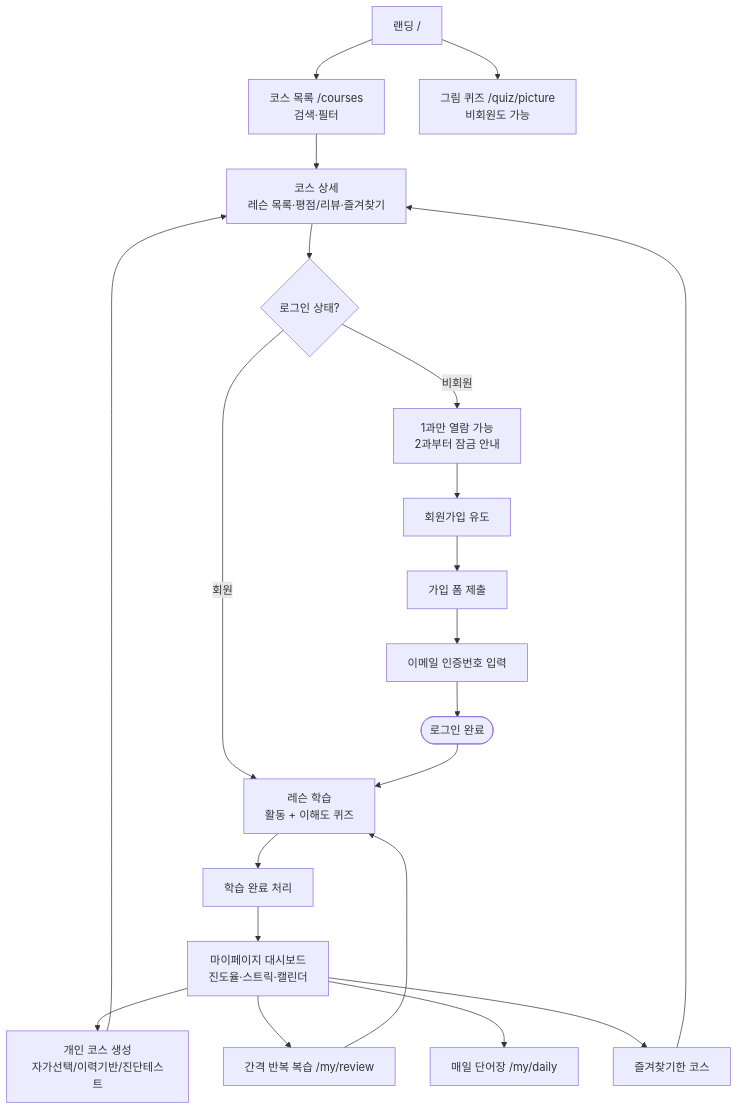
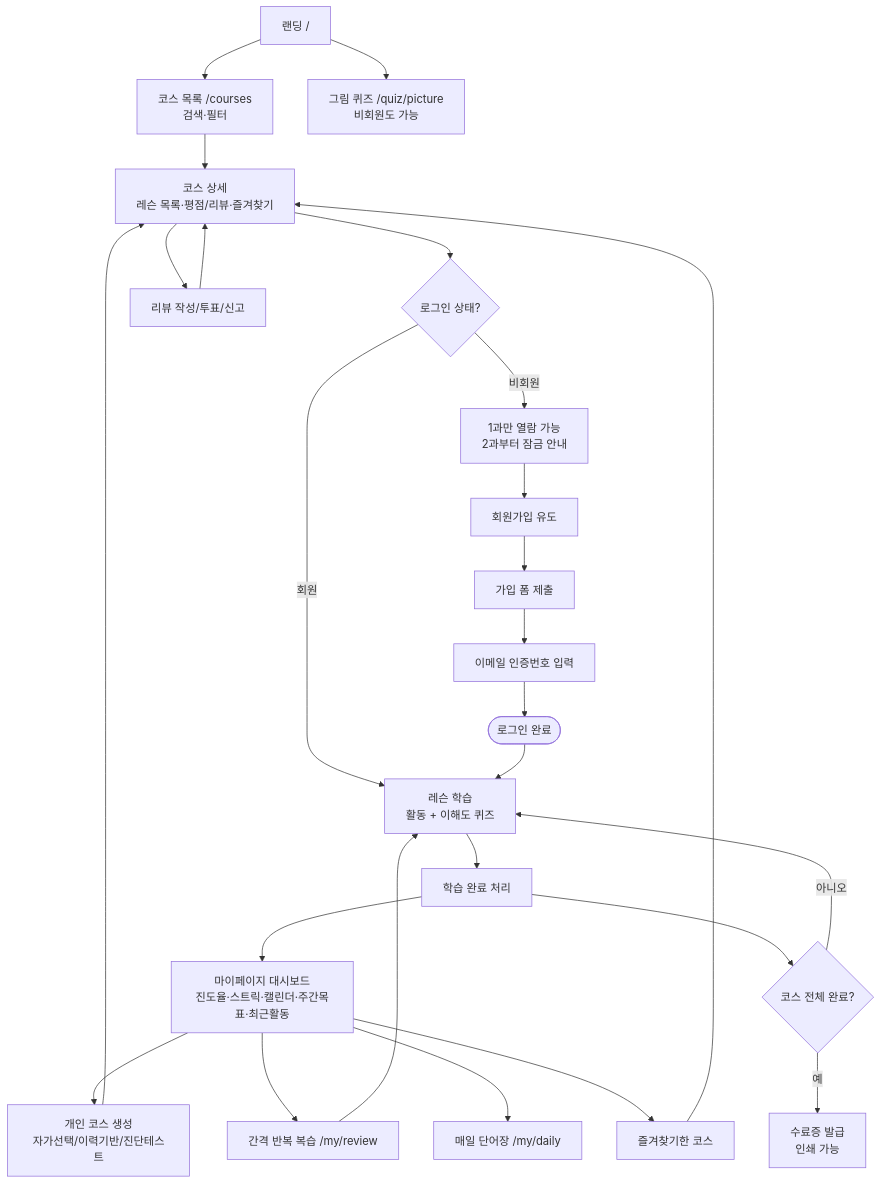
The diagram in docs/PRODUCT.md (luminFrost/eduplatform), drawn with Mermaid before and after one commit. The commit also changed other lines of this file and 9 other files, not shown here.

````diff
--- a/docs/PRODUCT.md
+++ b/docs/PRODUCT.md
@@ -117,26 +125,31 @@
 ```mermaid
 flowchart TD
     Landing["랜딩 /"] --> CourseList["코스 목록 /courses<br/>검색·필터"]
     CourseList --> CourseDetail["코스 상세<br/>레슨 목록·평점/리뷰·즐겨찾기"]
     CourseDetail --> AuthCheck{"로그인 상태?"}
     AuthCheck -- 비회원 --> FirstLessonOnly["1과만 열람 가능<br/>2과부터 잠금 안내"]
     FirstLessonOnly --> SignupPrompt["회원가입 유도"]
     AuthCheck -- 회원 --> LessonPage["레슨 학습<br/>활동 + 이해도 퀴즈"]
 
     SignupPrompt --> SignupForm["가입 폼 제출"]
     SignupForm --> EmailVerify["이메일 인증번호 입력"]
     EmailVerify --> LoggedIn(["로그인 완료"])
     LoggedIn --> LessonPage
 
     LessonPage --> Complete["학습 완료 처리"]
-    Complete --> Dashboard["마이페이지 대시보드<br/>진도율·스트릭·캘린더"]
+    Complete --> Dashboard["마이페이지 대시보드<br/>진도율·스트릭·캘린더·주간목표·최근활동"]
+    Complete --> CourseFullyDone{"코스 전체 완료?"}
+    CourseFullyDone -- 예 --> Certificate["수료증 발급<br/>인쇄 가능"]
+    CourseFullyDone -- 아니오 --> LessonPage
     Dashboard --> Personal["개인 코스 생성<br/>자가선택/이력기반/진단테스트"]
     Dashboard --> Review["간격 반복 복습 /my/review"]
     Dashboard --> Daily["매일 단어장 /my/daily"]
     Dashboard --> Bookmarks["즐겨찾기한 코스"]
     Personal --> CourseDetail
     Review --> LessonPage
     Bookmarks --> CourseDetail
+    CourseDetail --> WriteReview["리뷰 작성/투표/신고"]
+    WriteReview --> CourseDetail
 
     Landing --> PictureQuiz["그림 퀴즈 /quiz/picture<br/>비회원도 가능"]
 ```
````
